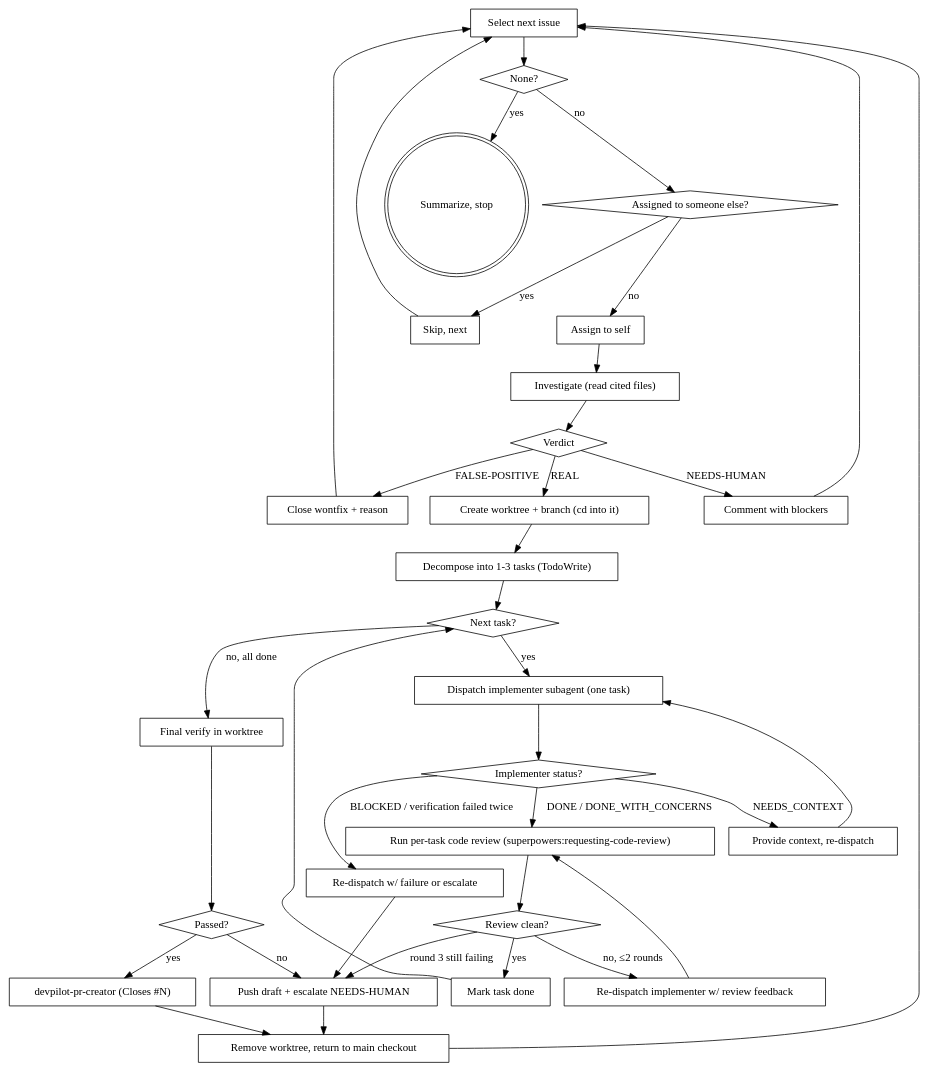
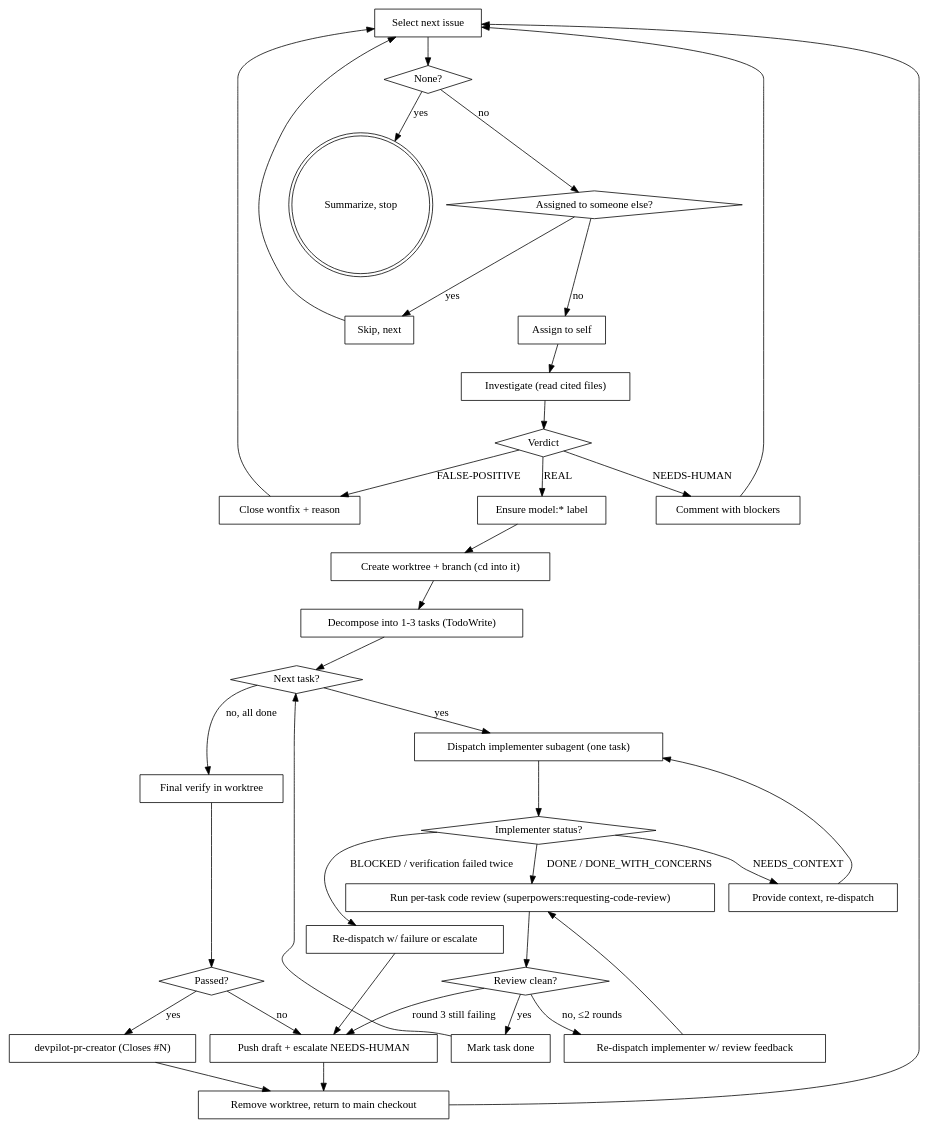
One commit to SiyuQian/devpilot changed the diagram in skills/devpilot-resolve-issues/SKILL.md. Above: the diagram before and after it, drawn with Graphviz. The commit also changed other lines of this file and 12 other files, not shown here.

````diff
--- a/skills/devpilot-resolve-issues/SKILL.md
+++ b/skills/devpilot-resolve-issues/SKILL.md
@@ -39,66 +39,68 @@
 ```dot
 digraph resolve_loop {
   "Select next issue" [shape=box];
   "None?" [shape=diamond];
   "Summarize, stop" [shape=doublecircle];
   "Assigned to someone else?" [shape=diamond];
   "Skip, next" [shape=box];
   "Assign to self" [shape=box];
   "Investigate (read cited files)" [shape=box];
   "Verdict" [shape=diamond];
   "Close wontfix + reason" [shape=box];
   "Comment with blockers" [shape=box];
+  "Ensure model:* label" [shape=box];
   "Create worktree + branch (cd into it)" [shape=box];
   "Decompose into 1-3 tasks (TodoWrite)" [shape=box];
   "Next task?" [shape=diamond];
   "Dispatch implementer subagent (one task)" [shape=box];
   "Implementer status?" [shape=diamond];
   "Provide context, re-dispatch" [shape=box];
   "Re-dispatch w/ failure or escalate" [shape=box];
   "Run per-task code review (superpowers:requesting-code-review)" [shape=box];
   "Review clean?" [shape=diamond];
   "Re-dispatch implementer w/ review feedback" [shape=box];
   "Mark task done" [shape=box];
   "Final verify in worktree" [shape=box];
   "Passed?" [shape=diamond];
   "Push draft + escalate NEEDS-HUMAN" [shape=box];
   "devpilot-pr-creator (Closes #N)" [shape=box];
   "Remove worktree, return to main checkout" [shape=box];
 
   "Select next issue" -> "None?";
   "None?" -> "Summarize, stop" [label="yes"];
   "None?" -> "Assigned to someone else?" [label="no"];
   "Assigned to someone else?" -> "Skip, next" [label="yes"];
   "Skip, next" -> "Select next issue";
   "Assigned to someone else?" -> "Assign to self" [label="no"];
   "Assign to self" -> "Investigate (read cited files)";
   "Investigate (read cited files)" -> "Verdict";
   "Verdict" -> "Close wontfix + reason" [label="FALSE-POSITIVE"];
   "Close wontfix + reason" -> "Select next issue";
   "Verdict" -> "Comment with blockers" [label="NEEDS-HUMAN"];
   "Comment with blockers" -> "Select next issue";
-  "Verdict" -> "Create worktree + branch (cd into it)" [label="REAL"];
+  "Verdict" -> "Ensure model:* label" [label="REAL"];
+  "Ensure model:* label" -> "Create worktree + branch (cd into it)";
   "Create worktree + branch (cd into it)" -> "Decompose into 1-3 tasks (TodoWrite)";
   "Decompose into 1-3 tasks (TodoWrite)" -> "Next task?";
   "Next task?" -> "Dispatch implementer subagent (one task)" [label="yes"];
   "Dispatch implementer subagent (one task)" -> "Implementer status?";
   "Implementer status?" -> "Provide context, re-dispatch" [label="NEEDS_CONTEXT"];
   "Provide context, re-dispatch" -> "Dispatch implementer subagent (one task)";
   "Implementer status?" -> "Re-dispatch w/ failure or escalate" [label="BLOCKED / verification failed twice"];
   "Re-dispatch w/ failure or escalate" -> "Push draft + escalate NEEDS-HUMAN";
   "Implementer status?" -> "Run per-task code review (superpowers:requesting-code-review)" [label="DONE / DONE_WITH_CONCERNS"];
   "Run per-task code review (superpowers:requesting-code-review)" -> "Review clean?";
   "Review clean?" -> "Re-dispatch implementer w/ review feedback" [label="no, ≤2 rounds"];
   "Re-dispatch implementer w/ review feedback" -> "Run per-task code review (superpowers:requesting-code-review)";
   "Review clean?" -> "Push draft + escalate NEEDS-HUMAN" [label="round 3 still failing"];
   "Review clean?" -> "Mark task done" [label="yes"];
   "Mark task done" -> "Next task?";
   "Next task?" -> "Final verify in worktree" [label="no, all done"];
   "Final verify in worktree" -> "Passed?";
   "Passed?" -> "devpilot-pr-creator (Closes #N)" [label="yes"];
   "Passed?" -> "Push draft + escalate NEEDS-HUMAN" [label="no"];
   "Push draft + escalate NEEDS-HUMAN" -> "Remove worktree, return to main checkout";
   "devpilot-pr-creator (Closes #N)" -> "Remove worktree, return to main checkout";
   "Remove worktree, return to main checkout" -> "Select next issue";
 }
 ```
````
